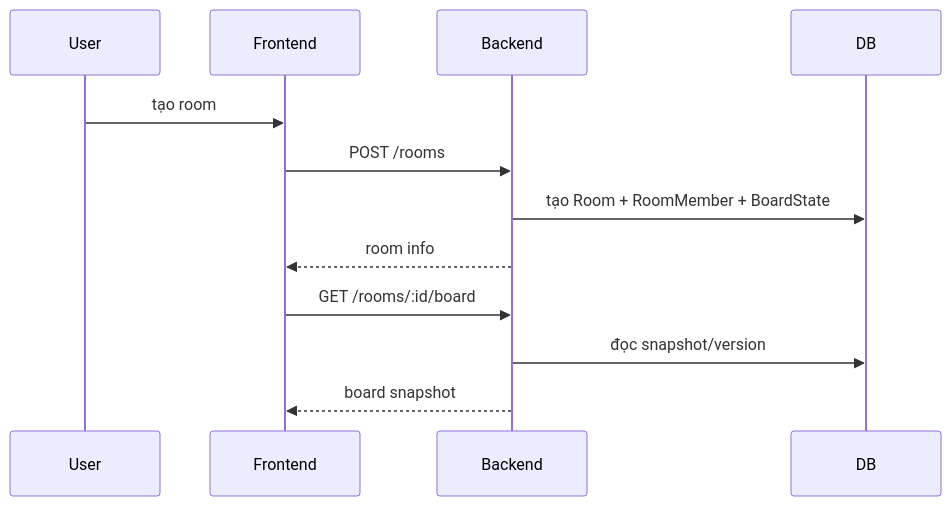
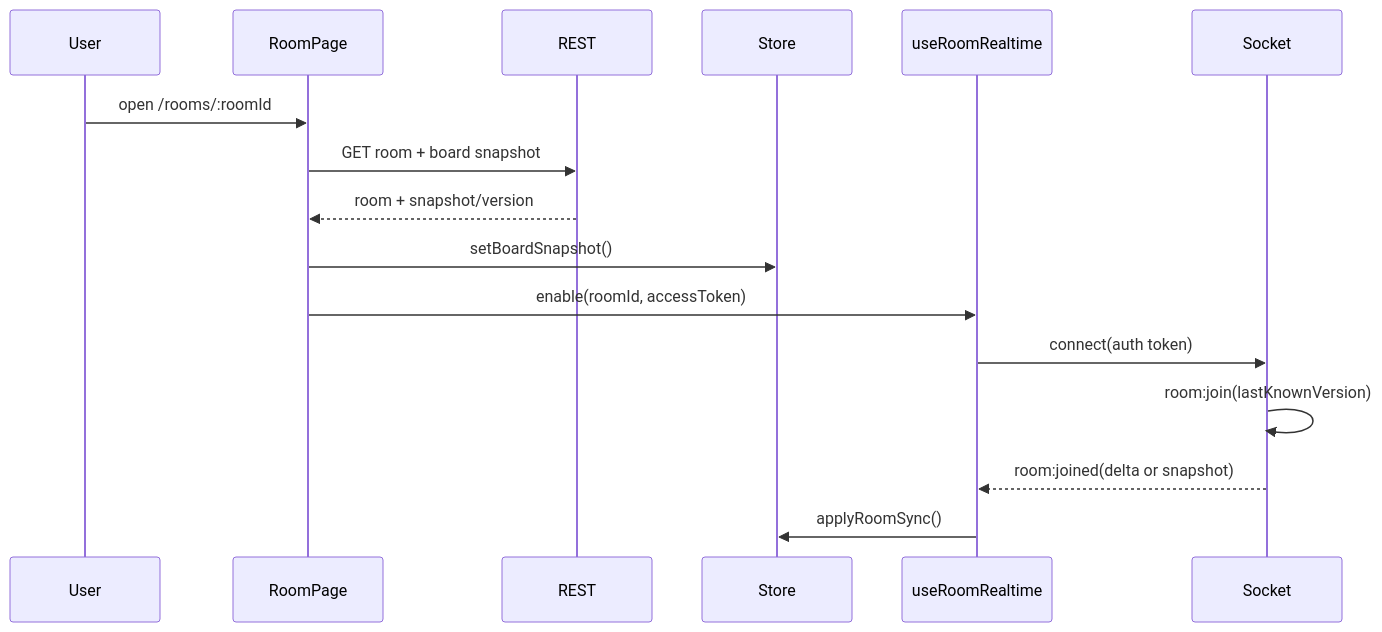
One commit to phapsucongu/white-board changed diagram 13 of 19 in REPO_REPORT.md. Above: the diagram before and after it, drawn with Mermaid. The commit also changed other lines of this file, not shown here.

````diff
--- a/REPO_REPORT.md
+++ b/REPO_REPORT.md
@@ -487,15 +705,19 @@
 ```mermaid
 sequenceDiagram
-    participant User
-    participant Frontend
-    participant Backend
-    participant DB
+  participant User
+  participant RoomPage
+  participant REST
+  participant Store
+  participant RT as useRoomRealtime
+  participant Socket
 
-    User->>Frontend: tạo room
-    Frontend->>Backend: POST /rooms
-    Backend->>DB: tạo Room + RoomMember + BoardState
-    Backend-->>Frontend: room info
-    Frontend->>Backend: GET /rooms/:id/board
-    Backend->>DB: đọc snapshot/version
-    Backend-->>Frontend: board snapshot
+  User->>RoomPage: open /rooms/:roomId
+  RoomPage->>REST: GET room + board snapshot
+  REST-->>RoomPage: room + snapshot/version
+  RoomPage->>Store: setBoardSnapshot()
+  RoomPage->>RT: enable(roomId, accessToken)
+  RT->>Socket: connect(auth token)
+  Socket->>Socket: room:join(lastKnownVersion)
+  Socket-->>RT: room:joined(delta or snapshot)
+  RT->>Store: applyRoomSync()
 ```
````
